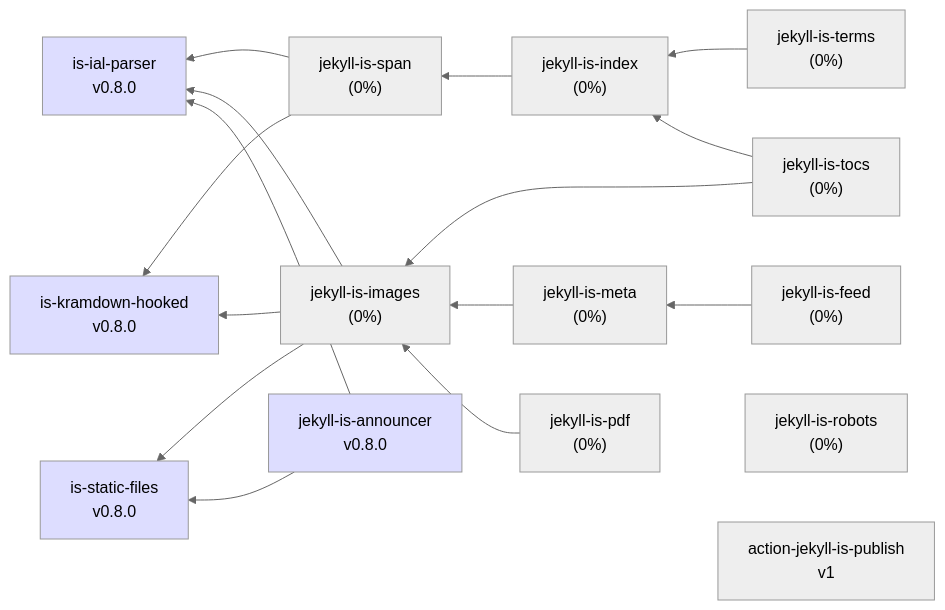
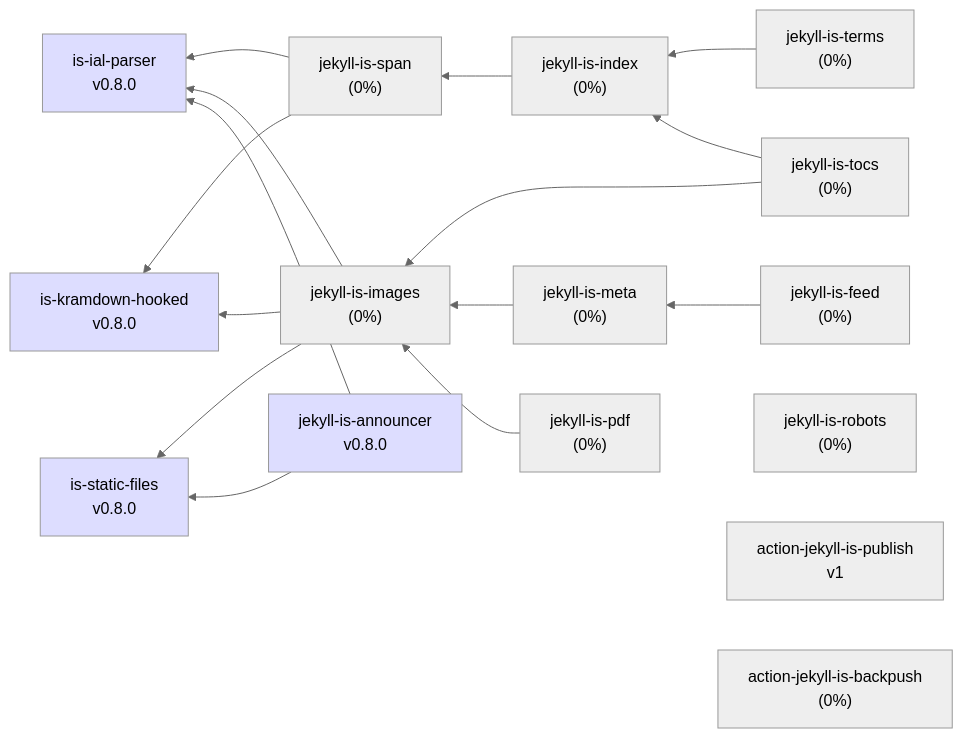
One commit to jekyll-is/.github changed the diagram in profile/README.md. Above: the diagram before and after it, drawn with Mermaid (neutral theme).

````diff
--- a/profile/README.md
+++ b/profile/README.md
@@ -7,56 +7,59 @@
 ```mermaid
 graph RL
   kramdown["is-kramdown-hooked<br>v0.8.0"]
   ial["is-ial-parser<br>v0.8.0"]
   statics["is-static-files<br>v0.8.0"]
   span["jekyll-is-span<br>(0%)"] --> ial
   span --> kramdown
   index["jekyll-is-index<br>(0%)"] --> span
   abbr["jekyll-is-terms<br>(0%)"] --> index
   images["jekyll-is-images<br>(0%)"] --> ial
   images --> kramdown
   images --> statics
   tocs["jekyll-is-tocs<br>(0%)"] --> images
   tocs --> index
   meta["jekyll-is-meta<br>(0%)"] --> images
   feed["jekyll-is-feed<br>(0%)"] --> meta
   robots["jekyll-is-robots<br>(0%)"]
   announcer["jekyll-is-announcer<br>v0.8.0"] --> statics
   announcer --> ial
   act-publish["action-jekyll-is-publish<br>v1"]
+  act-backpuch["action-jekyll-is-backpush<br>(0%)"]
   pdf["jekyll-is-pdf<br>(0%)"] --> images
 
 click ial "https://github.com/jekyll-is/is-ial-parser"
 click kramdown "https://github.com/jekyll-is/is-kramdown-hooked"
 click announcer "https://github.com/jekyll-is/jekyll-is-announcer"
 click act-publish "https://github.com/jekyll-is/action-jekyll-is-publish"
+click act-backpush "https://github.com/jekyll-is/action-jekyll-is-backpush"
 click images "https://github.com/jekyll-is/jekyll-is-images"
 click robots "https://github.com/jekyll-is/jekyll-is-robots"
 click meta "https://github.com/jekyll-is/jekyll-is-meta"
 click pdf "https://github.com/jekyll-is/jekyll-is-pdf"
 click tocs "https://github.com/jekyll-is/jekyll-is-tocs"
 click feed "https://github.com/jekyll-is/jekyll-is-feed"
 click index "https://github.com/jekyll-is/jekyll-is-index"
 click span "https://github.com/jekyll-is/jekyll-is-span"
 click abbr "https://github.com/jekyll-is/jekyll-is-terms"
 click statics "https://github.com/jekyll-is/is-static-files"
 
 classDef green fill:#DFD
 classDef gray fill:#EEE
 classDef blue fill:#DDF
 
 class ial blue
 class kramdown blue
 class images gray
 class announcer blue
 class act-publich blue
+class act-backpush green
 class pdf gray
 class span gray
 class index gray
 class feed gray
 class meta gray
 class robots gray
 class tocs gray
 class abbr gray
 class statics blue
 ```
````
